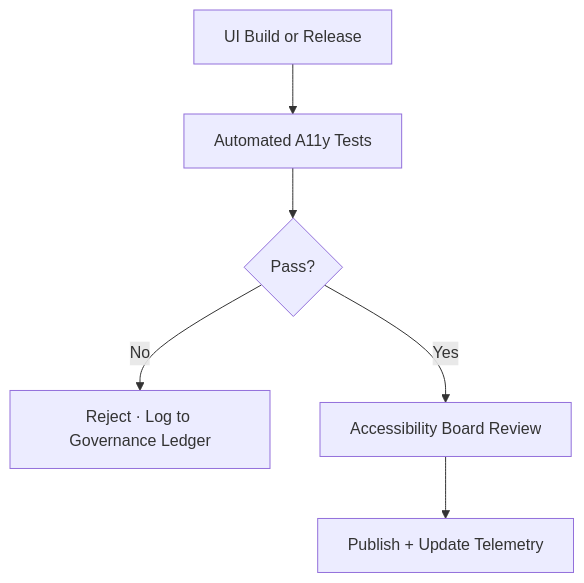
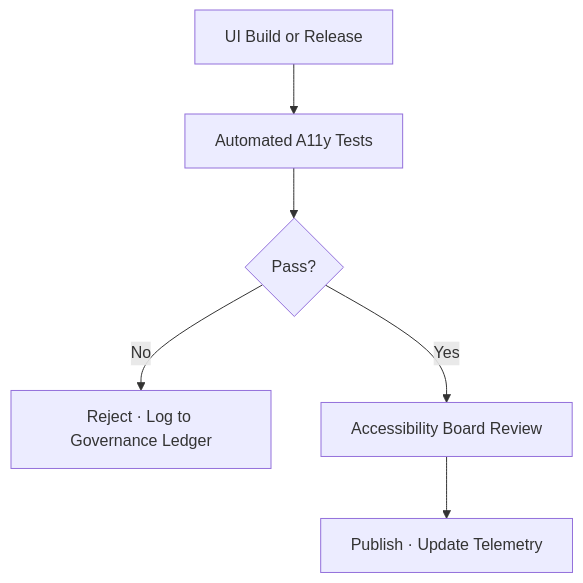
The diagram in docs/standards/ui_accessibility.md (bartytime4life/Kansas-Frontier-Matrix), drawn with Mermaid before and after one commit. The commit also changed other lines of this file, not shown here.

````diff
--- a/docs/standards/ui_accessibility.md
+++ b/docs/standards/ui_accessibility.md
@@ -324,8 +400,8 @@
 ```mermaid
 flowchart TD
-A["UI Build or Release"] --> B["Automated A11y Tests"]
-B --> C{"Pass?"}
-C -->|No| D["Reject · Log to Governance Ledger"]
-C -->|Yes| E["Accessibility Board Review"]
-E --> F["Publish + Update Telemetry"]
+    A["UI Build or Release"] --> B["Automated A11y Tests"]
+    B --> C{"Pass?"}
+    C -->|No| D["Reject · Log to Governance Ledger"]
+    C -->|Yes| E["Accessibility Board Review"]
+    E --> F["Publish · Update Telemetry"]
 ```
````
